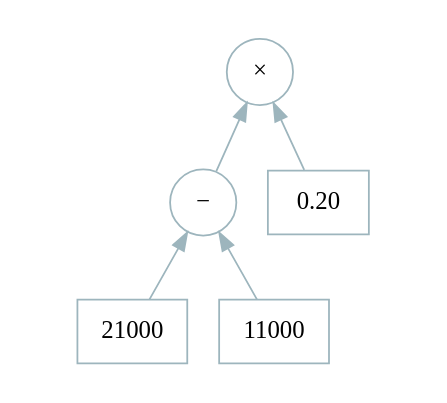
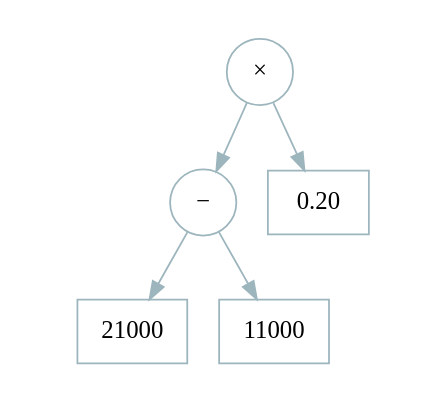
The diagram in images/graphviz/eg-tax-calc-expression-tree.dot (triangle-man/intro-to-cellular-talk), drawn with Graphviz before and after one commit. The commit also changed 4 other files, not shown here.

Commit message:
Change graph directions

```diff
--- a/images/graphviz/eg-tax-calc-expression-tree.dot
+++ b/images/graphviz/eg-tax-calc-expression-tree.dot
@@ -1,17 +1,17 @@
 digraph taxcalc {
 
-graph [rankdir = "BT";
+graph [rankdir = "TB";
        pad = "0.5,0.2";
        ]
 
 edge [color = "#9db5bd"];
 
 node [shape = circle;
       color = "#9db5bd"];
 
-{node [shape = box];
-	"21000" "11000"} -> "−";
+"−" -> {node [shape = box];
+	"21000" "11000"};
 
-{"−" " 0.20 " [shape = box]} -> "×";
+"×" -> {"−" " 0.20 " [shape = box]};
 
 }
```
